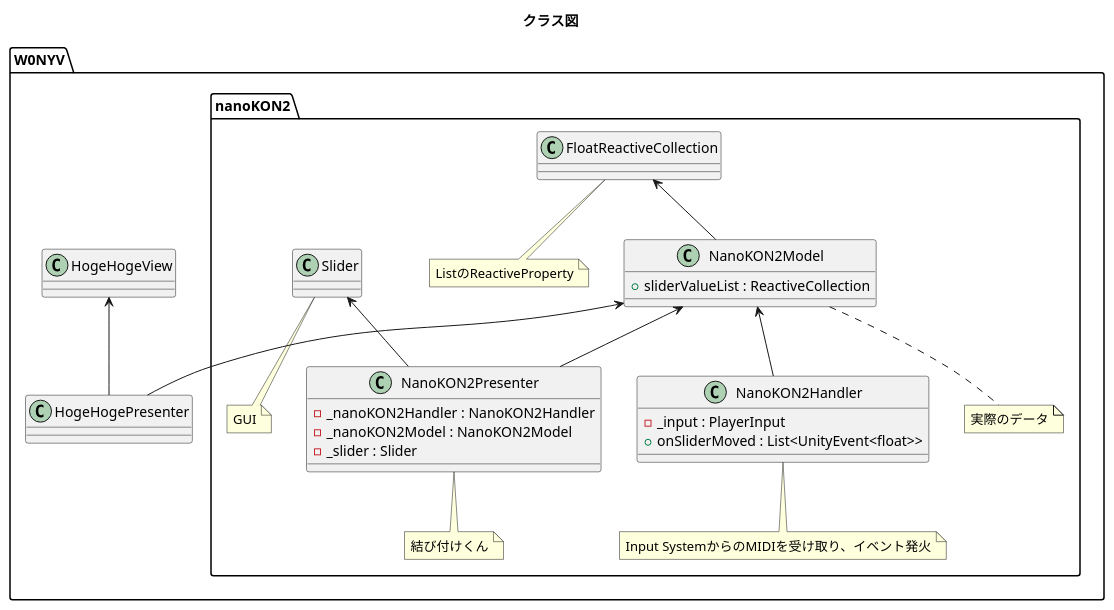
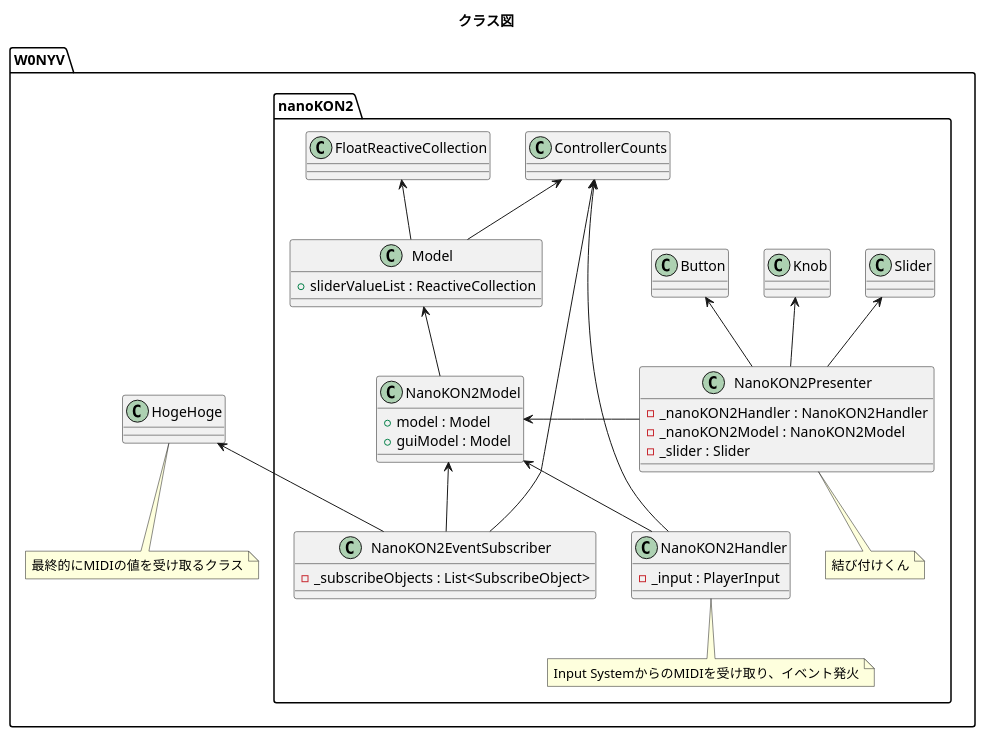
Before and after one commit to W0NYV/nanokon2-setup: the diagram in UML/class-diagram.pu, drawn with PlantUML. The commit also changed 25 other files, not shown here.

```diff
--- a/UML/class-diagram.pu
+++ b/UML/class-diagram.pu
@@ -1,48 +1,69 @@
 @startuml nanoKON2-Setup
 
 title クラス図
 
 namespace W0NYV {
 
     namespace nanoKON2 {
 
+        class ControllerCounts {
+        }
+
         class NanoKON2Handler {
             - _input : PlayerInput
-            + onSliderMoved : List<UnityEvent<float>>
         }
         note bottom: Input SystemからのMIDIを受け取り、イベント発火
 
         class NanoKON2Model {
-            + sliderValueList : ReactiveCollection
+            + model : Model
+            + guiModel : Model
         }
-        note bottom: 実際のデータ
 
         class NanoKON2Presenter {
             - _nanoKON2Handler : NanoKON2Handler
             - _nanoKON2Model : NanoKON2Model
             - _slider : Slider
         }
         note bottom: 結び付けくん
 
-        class FloatReactiveCollection {
+        class NanoKON2EventSubscriber {
+            - _subscribeObjects : List<SubscribeObject>
+        }
 
+        class Model {
+            + sliderValueList : ReactiveCollection
         }
-        note bottom: ListのReactiveProperty
 
-        class Slider {
+        class FloatReactiveCollection {}
 
-        }
-        note bottom: GUI
+        class Slider {}
 
-        FloatReactiveCollection <-- NanoKON2Model
+        class Knob {}
+
+        class Button {}
+
+        Model <-- NanoKON2Model 
+        FloatReactiveCollection <-- Model
+
         NanoKON2Model <-- NanoKON2Handler
-        NanoKON2Model <-- NanoKON2Presenter
+        NanoKON2Model <- NanoKON2Presenter
+        NanoKON2Model <-- NanoKON2EventSubscriber
+        
+        ControllerCounts <-- NanoKON2EventSubscriber
+        ControllerCounts <-- Model
+        ControllerCounts <-- NanoKON2Handler
+
         Slider <-- NanoKON2Presenter
+        Knob <-- NanoKON2Presenter
+        Button <-- NanoKON2Presenter
+
     }
 
-    W0NYV.nanoKON2.NanoKON2Model <-- HogeHogePresenter
-    HogeHogeView <-- HogeHogePresenter
+    class HogeHoge{}
+    note bottom: 最終的にMIDIの値を受け取るクラス
+
+    HogeHoge <-- W0NYV.nanoKON2.NanoKON2EventSubscriber
 
 }
 
 @enduml
```
